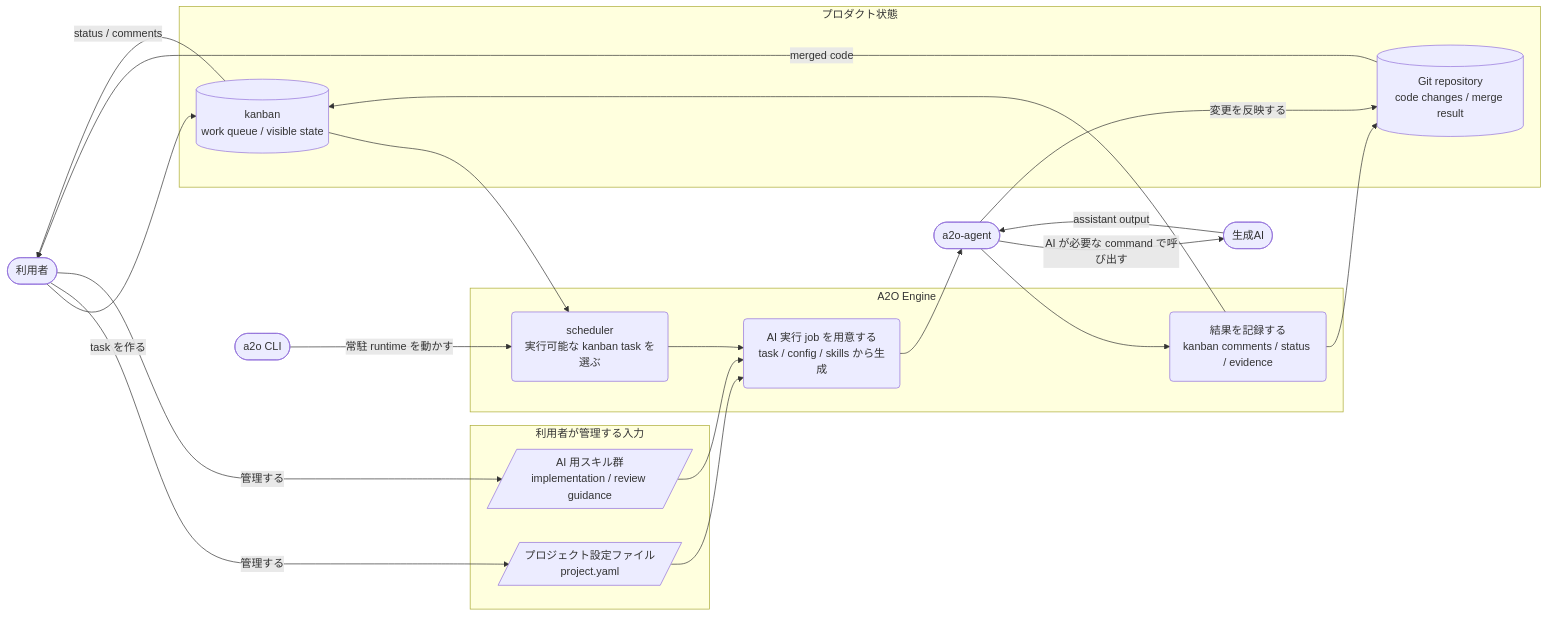
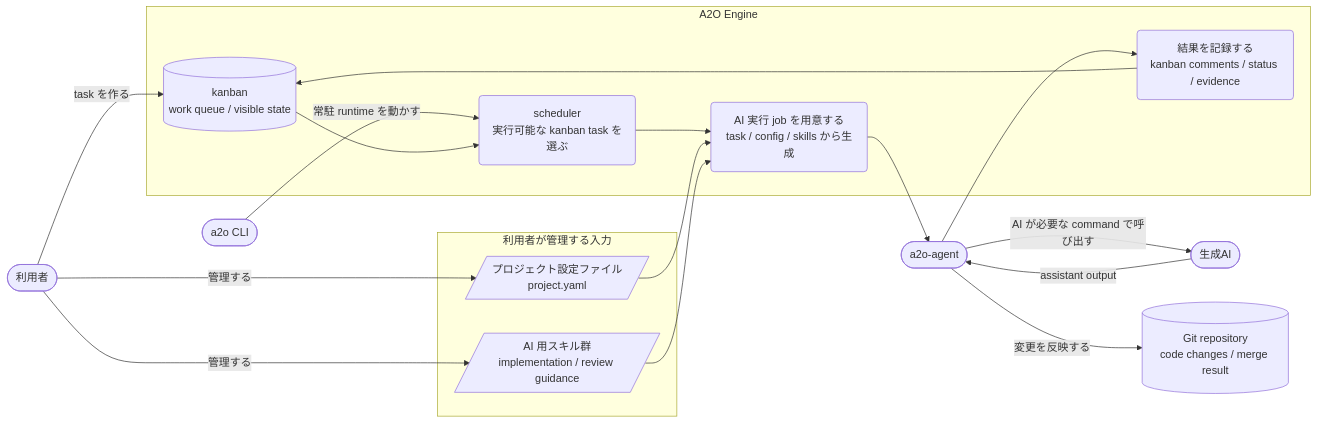
The diagram in docs/ja/dev/00-design-map.md (wamukat/a2o), drawn with Mermaid before and after one commit. The commit also changed other lines of this file and 1 other file, not shown here.

Commit message:
A2O#88 Clarify kanban and git diagram boundaries

````diff
--- a/docs/ja/dev/00-design-map.md
+++ b/docs/ja/dev/00-design-map.md
@@ -14,41 +14,36 @@
 ```mermaid
 flowchart LR
   User([利用者])
   CLI([a2o CLI])
   Agent([a2o-agent])
   AI([生成AI])
 
   subgraph Inputs["利用者が管理する入力"]
     ProjectConfig[/プロジェクト設定ファイル\nproject.yaml/]
     SkillFiles[/AI 用スキル群\nimplementation / review guidance/]
   end
 
-  subgraph Product["プロダクト状態"]
+  subgraph Engine["A2O Engine"]
     Kanban[(kanban\nwork queue / visible state)]
-    Repository[(Git repository\ncode changes / merge result)]
-  end
-
-  subgraph Engine["A2O Engine"]
     Scheduler(scheduler\n実行可能な kanban task を選ぶ)
     Prepare(AI 実行 job を用意する\ntask / config / skills から生成)
     Report(結果を記録する\nkanban comments / status / evidence)
   end
+
+  Repository[(Git repository\ncode changes / merge result)]
 
   User -->|"task を作る"| Kanban
   User -->|"管理する"| ProjectConfig
   User -->|"管理する"| SkillFiles
   CLI -->|"常駐 runtime を動かす"| Scheduler
   Kanban --> Scheduler
   Scheduler --> Prepare
   ProjectConfig --> Prepare
   SkillFiles --> Prepare
   Prepare --> Agent
   Agent -->|"AI が必要な command で呼び出す"| AI
   AI -->|"assistant output"| Agent
   Agent -->|"変更を反映する"| Repository
   Agent --> Report
-  Report --> Repository
   Report --> Kanban
-  Kanban -->|"status / comments"| User
-  Repository -->|"merged code"| User
 ```
````
